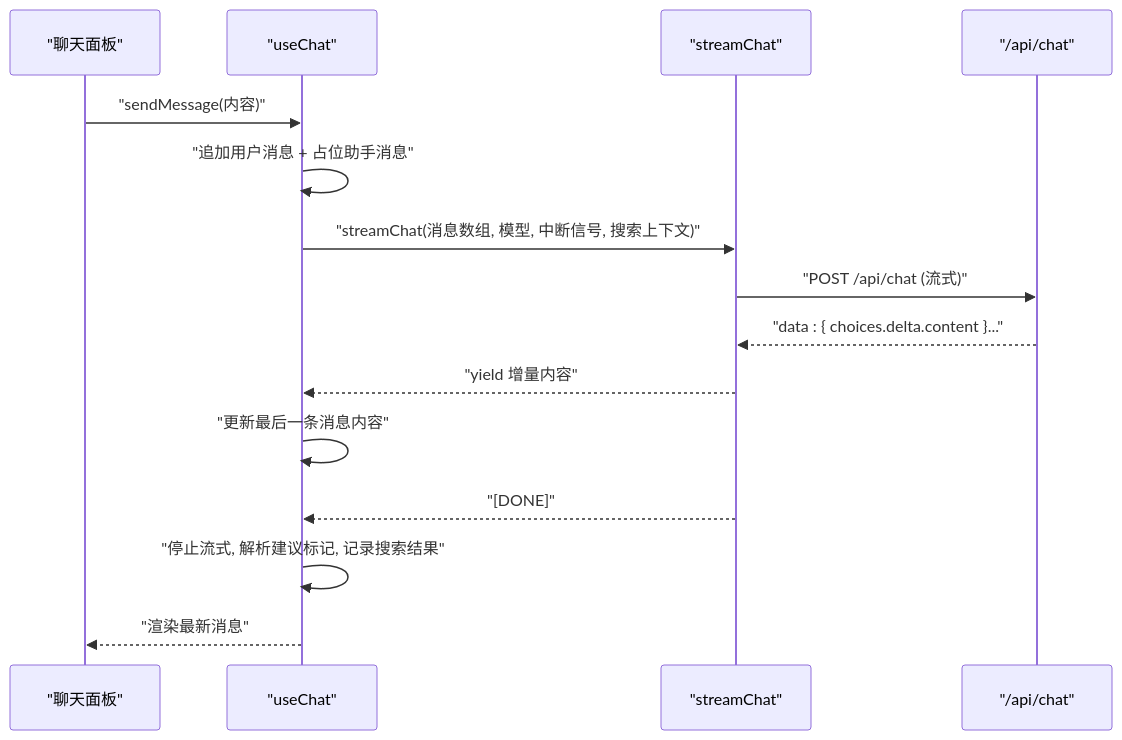
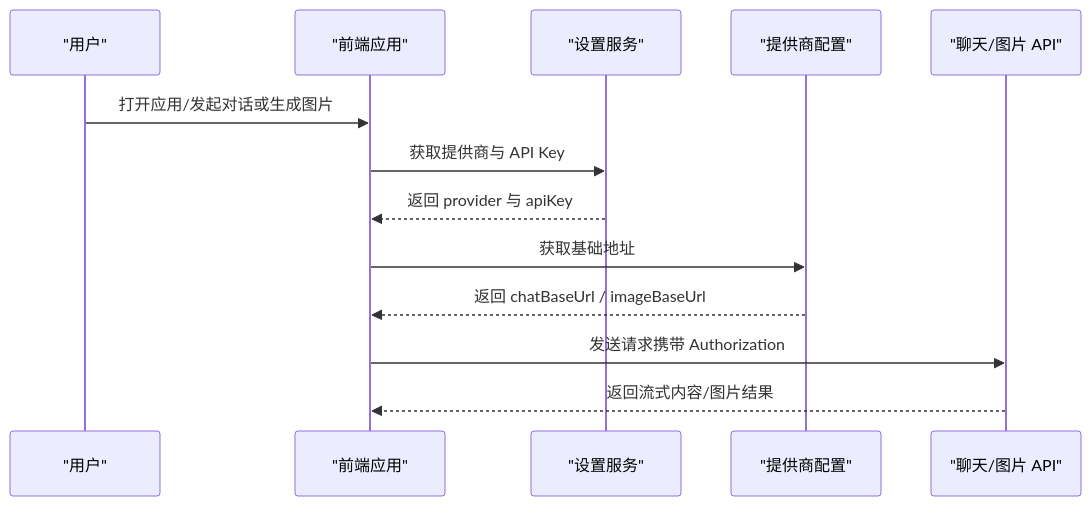
Before and after one commit to billye220670/AIShop: the second of 3 diagrams in .qoder/repowiki/zh/content/快速开始.md, drawn with Mermaid. The commit also changed other lines of this file and 135 other files, not shown here.

````diff
--- a/.qoder/repowiki/zh/content/快速开始.md
+++ b/.qoder/repowiki/zh/content/快速开始.md
@@ -172,17 +84,15 @@
 ```mermaid
 sequenceDiagram
-participant UI as "聊天面板"
-participant Hook as "useChat"
-participant API as "streamChat"
-participant Server as "/api/chat"
-UI->>Hook : "sendMessage(内容)"
-Hook->>Hook : "追加用户消息 + 占位助手消息"
-Hook->>API : "streamChat(消息数组, 模型, 中断信号, 搜索上下文)"
-API->>Server : "POST /api/chat (流式)"
-Server-->>API : "data : { choices.delta.content }..."
-API-->>Hook : "yield 增量内容"
-Hook->>Hook : "更新最后一条消息内容"
-API-->>Hook : "[DONE]"
-Hook->>Hook : "停止流式, 解析建议标记, 记录搜索结果"
-Hook-->>UI : "渲染最新消息"
+participant U as "用户"
+participant FE as "前端应用"
+participant SS as "设置服务"
+participant PC as "提供商配置"
+participant API as "聊天/图片 API"
+U->>FE : 打开应用/发起对话或生成图片
+FE->>SS : 获取提供商与 API Key
+SS-->>FE : 返回 provider 与 apiKey
+FE->>PC : 获取基础地址
+PC-->>FE : 返回 chatBaseUrl / imageBaseUrl
+FE->>API : 发送请求携带 Authorization
+API-->>FE : 返回流式内容/图片结果
 ```
````
